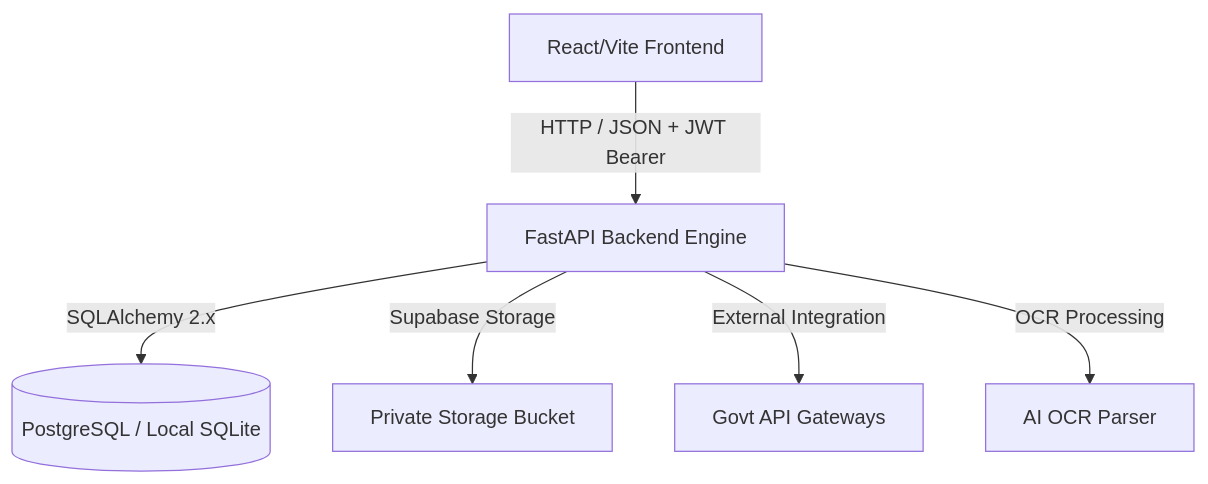
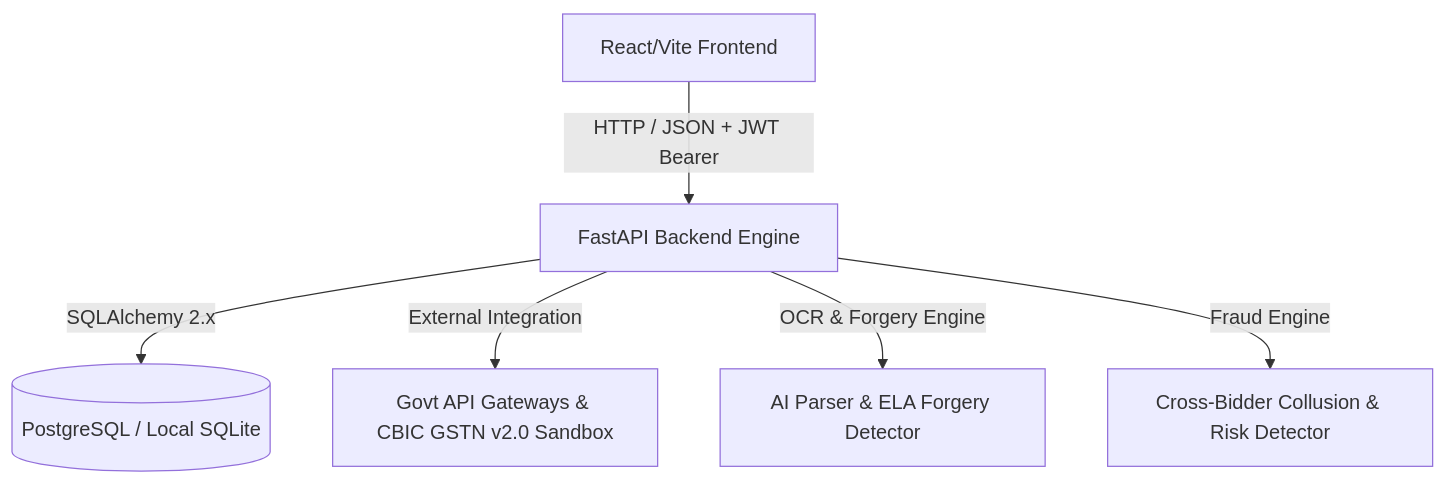
The diagram in brain.md (Yogeshsingh123-LAB/-AI-Powered-Integrated-Bid-Compliance-Verification-Platform-for-GeM-Procurement), drawn with Mermaid before and after one commit. The commit also changed other lines of this file and 1 other file, not shown here.

Commit message:
Update README.md and brain.md with latest forgery, fraud, and sandbox gateway architectures

````diff
--- a/brain.md
+++ b/brain.md
@@ -14,8 +14,8 @@
 ```mermaid
 graph TD
     A[React/Vite Frontend] -- HTTP / JSON + JWT Bearer --> B[FastAPI Backend Engine]
     B -- SQLAlchemy 2.x --> C[(PostgreSQL / Local SQLite)]
-    B -- Supabase Storage --> D[Private Storage Bucket]
-    B -- External Integration --> E[Govt API Gateways]
-    B -- OCR Processing --> F[AI OCR Parser]
+    B -- External Integration --> E[Govt API Gateways & CBIC GSTN v2.0 Sandbox]
+    B -- OCR & Forgery Engine --> F[AI Parser & ELA Forgery Detector]
+    B -- Fraud Engine --> G[Cross-Bidder Collusion & Risk Detector]
 ```
````
